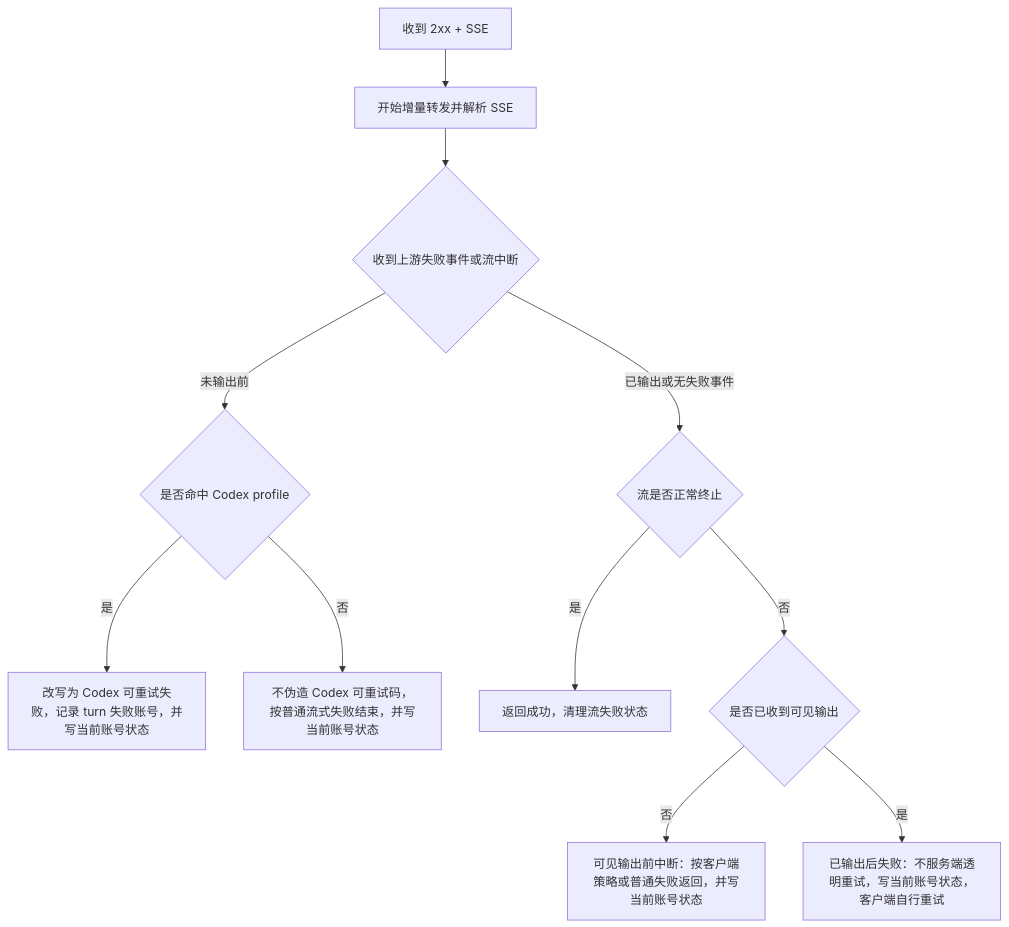
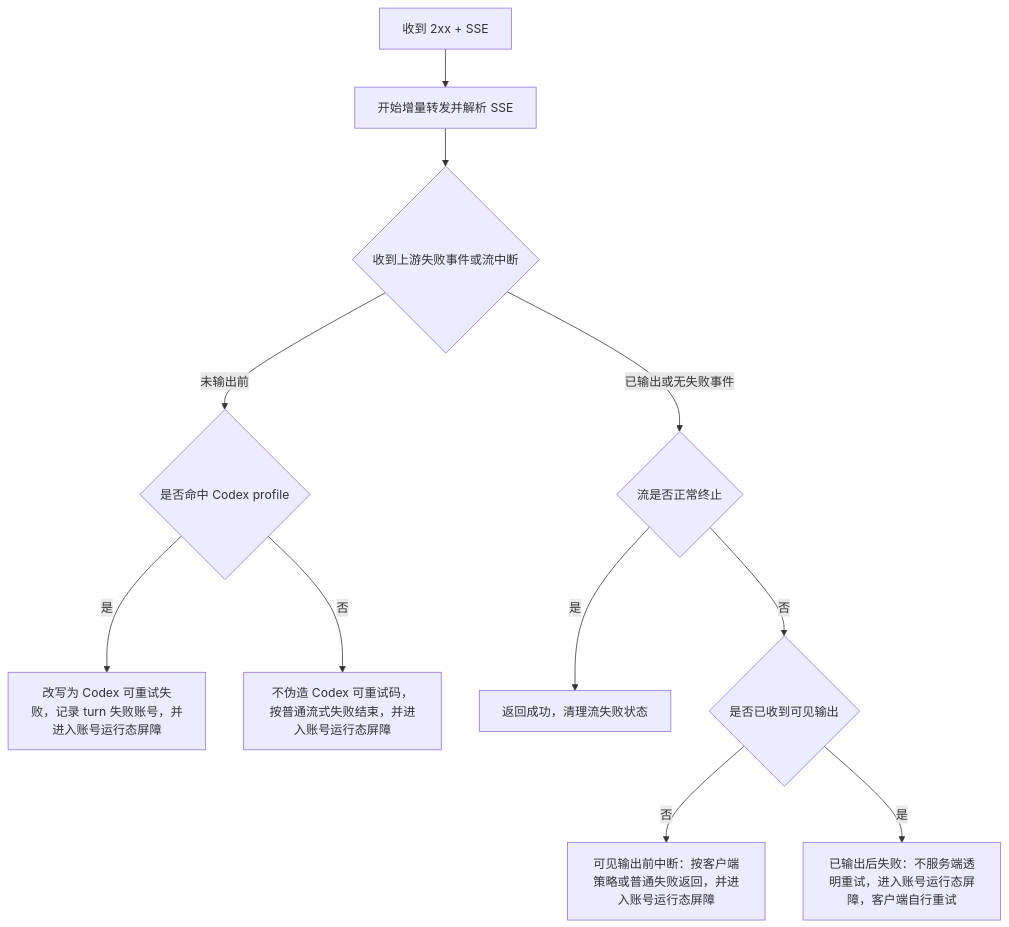
The second of 3 diagrams in docs/functions/网关异常重试与兜底策略.md (huanmin123/juhe-ai), drawn with Mermaid before and after one commit. The commit also changed other lines of this file and 37 other files, not shown here.

````diff
--- a/docs/functions/网关异常重试与兜底策略.md
+++ b/docs/functions/网关异常重试与兜底策略.md
@@ -124,13 +131,13 @@
 ```mermaid
 flowchart TD
   A["收到 2xx + SSE"] --> B["开始增量转发并解析 SSE"]
   B --> C{"收到上游失败事件或流中断"}
   C -- "未输出前" --> D{"是否命中 Codex profile"}
-  D -- "是" --> M["改写为 Codex 可重试失败，记录 turn 失败账号，并写当前账号状态"]
-  D -- "否" --> N["不伪造 Codex 可重试码，按普通流式失败结束，并写当前账号状态"]
+  D -- "是" --> M["改写为 Codex 可重试失败，记录 turn 失败账号，并进入账号运行态屏障"]
+  D -- "否" --> N["不伪造 Codex 可重试码，按普通流式失败结束，并进入账号运行态屏障"]
   C -- "已输出或无失败事件" --> E{"流是否正常终止"}
   E -- "是" --> F["返回成功，清理流失败状态"]
   E -- "否" --> G{"是否已收到可见输出"}
-  G -- "否" --> H["可见输出前中断：按客户端策略或普通失败返回，并写当前账号状态"]
-  G -- "是" --> I["已输出后失败：不服务端透明重试，写当前账号状态，客户端自行重试"]
+  G -- "否" --> H["可见输出前中断：按客户端策略或普通失败返回，并进入账号运行态屏障"]
+  G -- "是" --> I["已输出后失败：不服务端透明重试，进入账号运行态屏障，客户端自行重试"]
 ```
````
